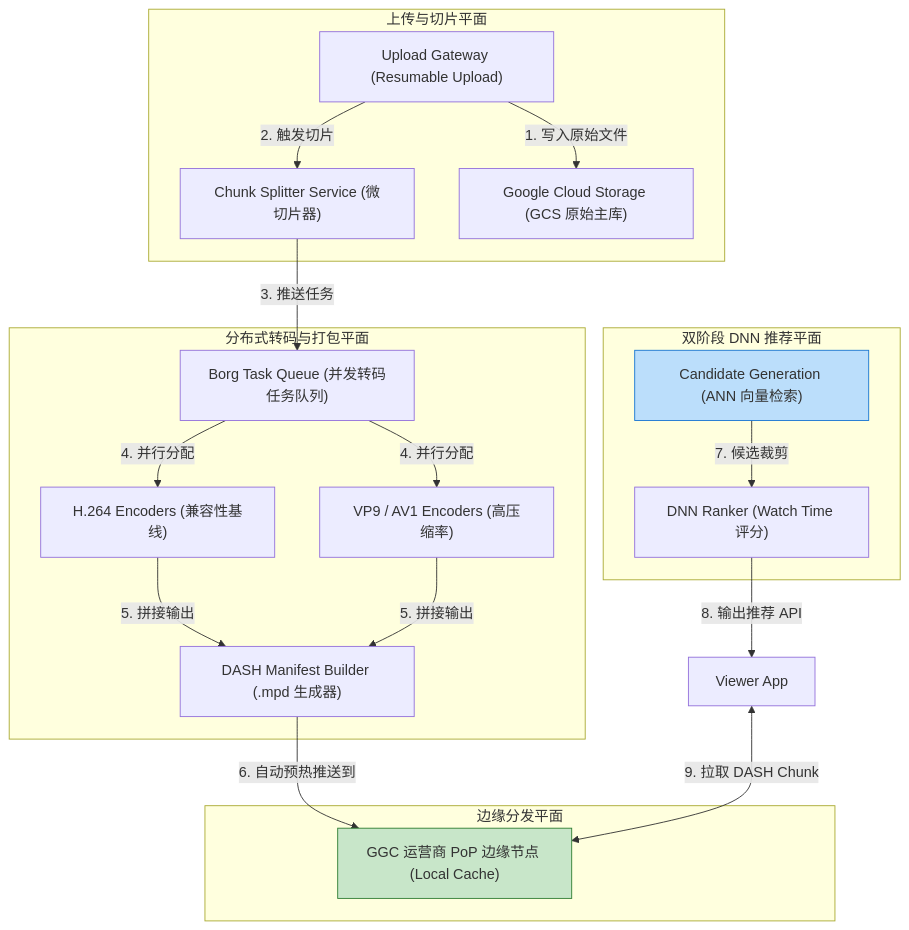
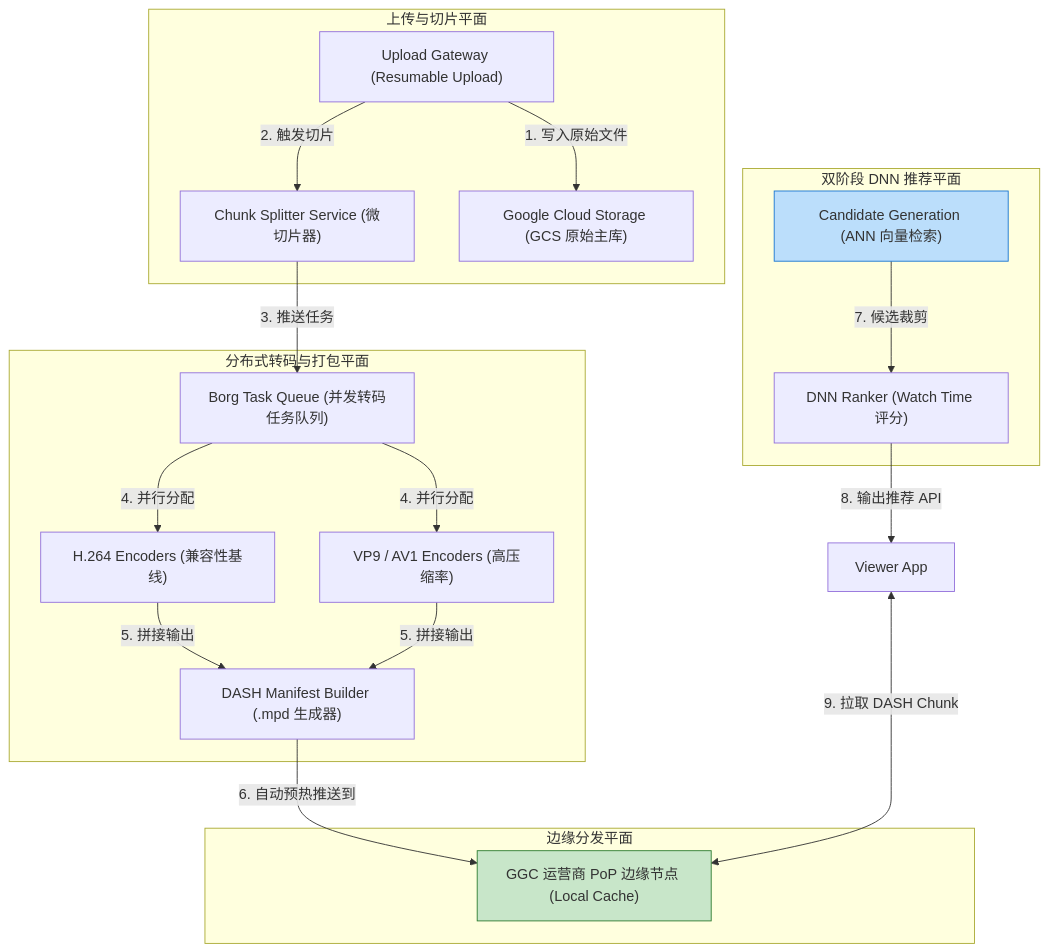
One commit to koosai/AI-Architect-Learning changed the fourth of 6 diagrams in docs/atlas/youtube.mdx. Above: the diagram before and after it, drawn with Mermaid. The commit also changed 68 other files, not shown here.

Commit message:
fix(atlas): fix browser client-side Mermaid rendering for mindmaps and flowcharts across 67 case studies

````diff
--- a/docs/atlas/youtube.mdx
+++ b/docs/atlas/youtube.mdx
@@ -123,39 +123,39 @@
 ```mermaid
 graph TB
   subgraph IngestPlane["上传与切片平面"]
     UploadApi["Upload Gateway (Resumable Upload)"]
     Chunker["Chunk Splitter Service (微切片器)"]
     MasterStorage["Google Cloud Storage (GCS 原始主库)"]
   end
 
   subgraph ProcessingPlane["分布式转码与打包平面"]
     JobQueue["Borg Task Queue (并发转码任务队列)"]
     EncoderH264["H.264 Encoders (兼容性基线)"]
     EncoderVP9["VP9 / AV1 Encoders (高压缩率)"]
     DASHPackager["DASH Manifest Builder (.mpd 生成器)"]
   end
 
   subgraph EdgeDistro["边缘分发平面"]
     GGCNodeLocal["GGC 运营商 PoP 边缘节点 (Local Cache)"]
   end
 
   subgraph RecSystem["双阶段 DNN 推荐平面"]
     CandidateGen["Candidate Generation (ANN 向量检索)"]
     RankerEngine["DNN Ranker (Watch Time 评分)"]
   end
 
   UploadApi -->|1. 写入原始文件| MasterStorage
   UploadApi -->|2. 触发切片| Chunker
   Chunker -->|3. 推送任务| JobQueue
   
   JobQueue -->|4. 并行分配| EncoderH264 & EncoderVP9
   EncoderH264 & EncoderVP9 -->|5. 拼接输出| DASHPackager
   DASHPackager -->|6. 自动预热推送到| GGCNodeLocal
 
   CandidateGen -->|7. 候选裁剪| RankerEngine
   RankerEngine -->|8. 输出推荐 API| ViewerApp["Viewer App"]
-  ViewerApp <-->|9. 拉取 DASH Chunk| GGCNodeLocal
+  ViewerApp <--->|9. 拉取 DASH Chunk| GGCNodeLocal
 
   style GGCNodeLocal fill:#c8e6c9,stroke:#2e7d32
   style CandidateGen fill:#bbdefb,stroke:#1976d2
 ```
````
